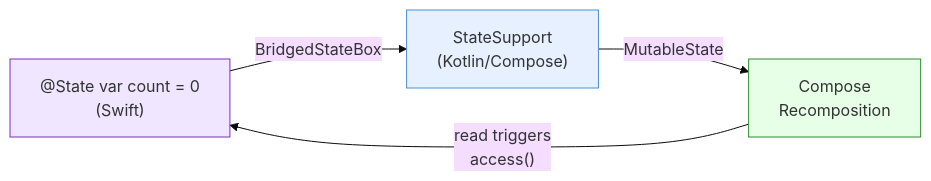
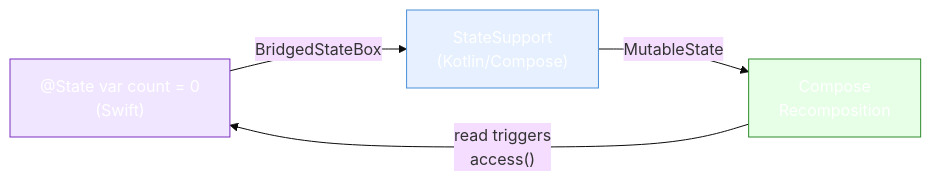
Before and after one commit to skiptools/skip-fuse-ui: the fourth of 4 diagrams in README.md, drawn with Mermaid (base theme). The commit also changed other lines of this file, not shown here.

````diff
--- a/README.md
+++ b/README.md
@@ -96,10 +96,10 @@
 ```mermaid
 flowchart LR
     S["@State var count = 0\n(Swift)"] -->|"BridgedStateBox"| K["StateSupport\n(Kotlin/Compose)"]
     K -->|"MutableState"| C["Compose\nRecomposition"]
     C -->|"read triggers\naccess()"| S
 
-    style S fill:#f0e6ff,stroke:#7b2fbe
-    style K fill:#e6f0ff,stroke:#4a90d9
-    style C fill:#e6ffe6,stroke:#2d8a2d
+    style S fill:#f0e6ff,stroke:#7b2fbe,color:#fff
+    style K fill:#e6f0ff,stroke:#4a90d9,color:#fff
+    style C fill:#e6ffe6,stroke:#2d8a2d,color:#fff
 ```
````
